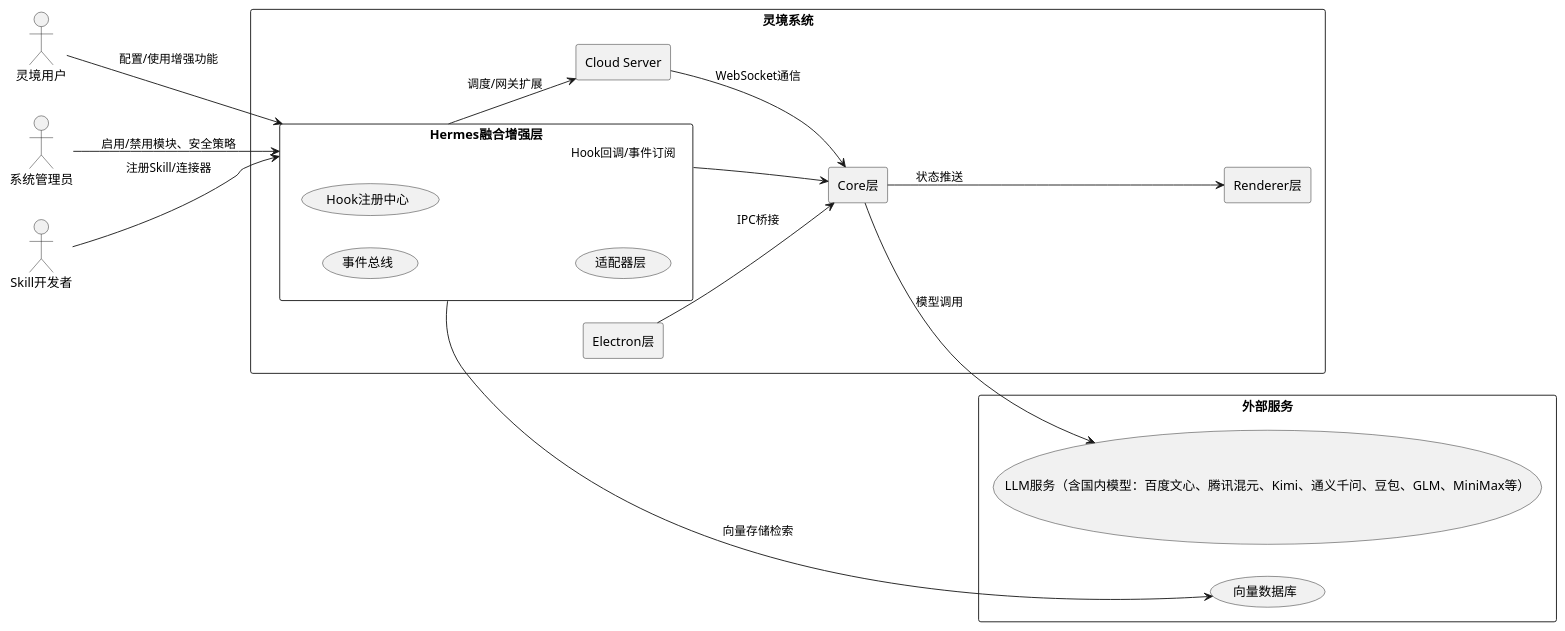
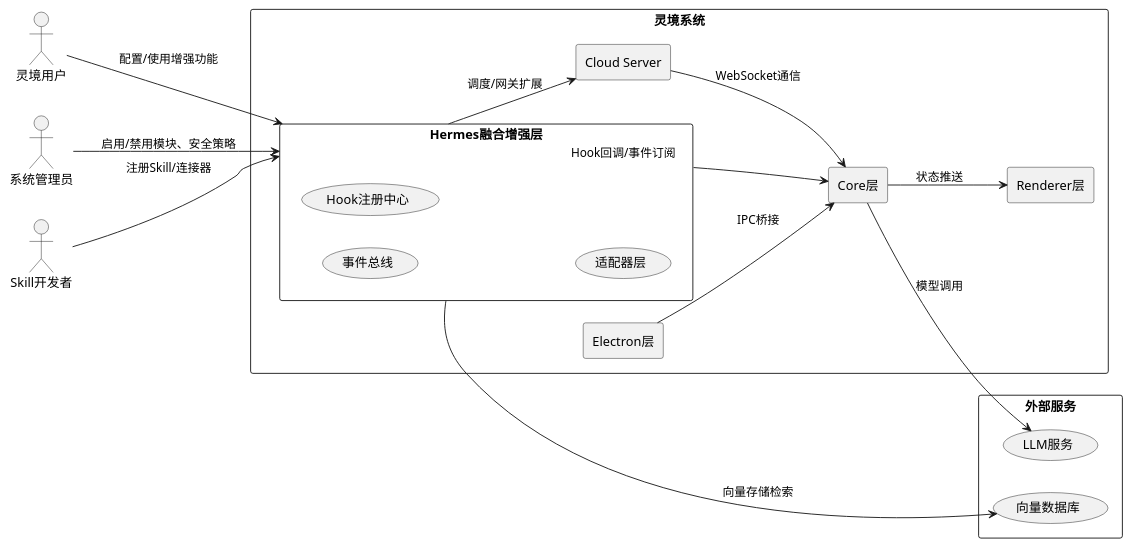
One commit to wst3050469/lingjingapp changed the first of 2 diagrams in .codeartsdoer/specs/hermes-fusion/spec.md. Above: the diagram before and after it, drawn with PlantUML. The commit also changed other lines of this file and 338 other files, not shown here.

````diff
--- a/.codeartsdoer/specs/hermes-fusion/spec.md
+++ b/.codeartsdoer/specs/hermes-fusion/spec.md
@@ -101,38 +101,38 @@
 ```plantuml
 @startuml
 left to right direction
 
 actor "灵境用户" as User
 actor "系统管理员" as Admin
 actor "Skill开发者" as Dev
 
 rectangle "灵境系统" {
     rectangle "Hermes融合增强层" as Fusion {
         usecase "事件总线" as EB
         usecase "Hook注册中心" as HK
         usecase "适配器层" as AD
     }
     rectangle "Core层" as Core
     rectangle "Electron层" as Elec
     rectangle "Renderer层" as Render
     rectangle "Cloud Server" as Cloud
 }
 
 rectangle "外部服务" {
-    usecase "LLM服务（含国内模型：百度文心、腾讯混元、Kimi、通义千问、豆包、GLM、MiniMax等）" as LLM
+    usecase "LLM服务" as LLM
     usecase "向量数据库" as VecDB
 }
 
 User --> Fusion : 配置/使用增强功能
 Admin --> Fusion : 启用/禁用模块、安全策略
 Dev --> Fusion : 注册Skill/连接器
 
 Fusion --> Core : Hook回调/事件订阅
 Fusion --> Cloud : 调度/网关扩展
 Core --> LLM : 模型调用
 Fusion --> VecDB : 向量存储检索
 Core --> Render : 状态推送
 Elec --> Core : IPC桥接
 Cloud --> Core : WebSocket通信
 @enduml
 ```
````
